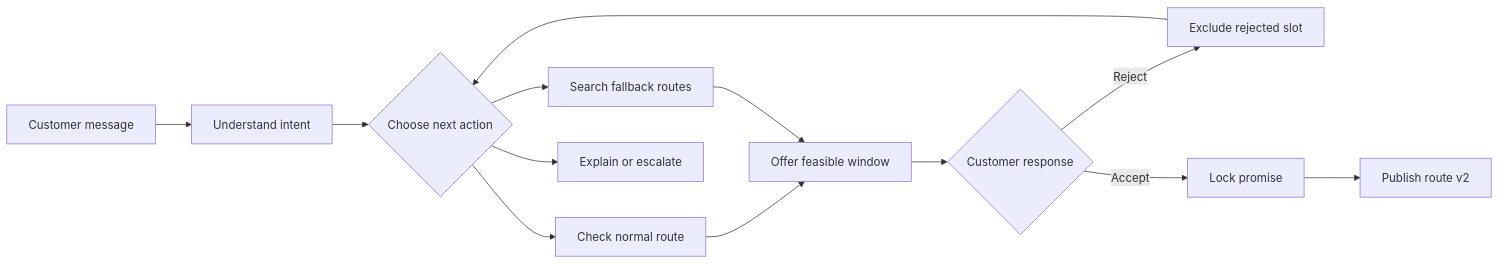
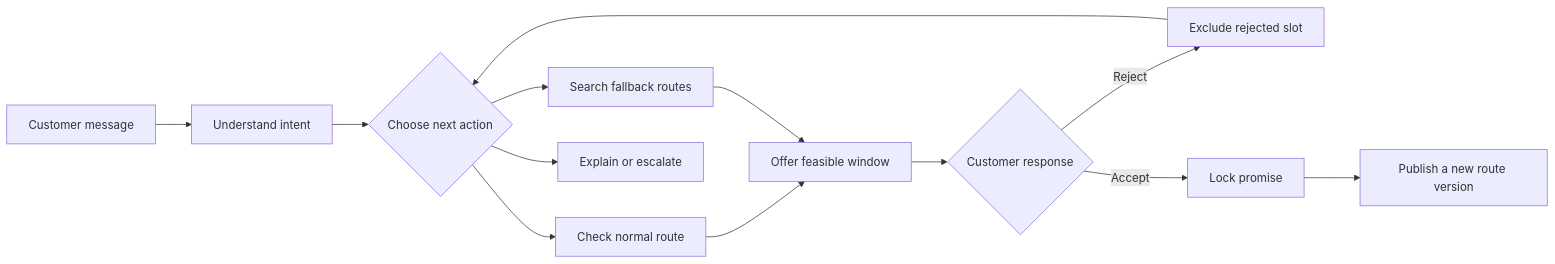
One commit to Stephensaleh1601/Delivery-Schedule-Agent changed the first of 2 diagrams in README.md. Above: the diagram before and after it, drawn with Mermaid. The commit also changed other lines of this file and 12 other files, not shown here.

````diff
--- a/README.md
+++ b/README.md
@@ -54,15 +31,15 @@
 ```mermaid
 flowchart LR
     M[Customer message] --> U[Understand intent]
     U --> D{Choose next action}
     D --> N[Check normal route]
     D --> F[Search fallback routes]
     D --> E[Explain or escalate]
     N --> O[Offer feasible window]
     F --> O
     O --> R{Customer response}
     R -->|Reject| X[Exclude rejected slot]
     X --> D
     R -->|Accept| L[Lock promise]
-    L --> V[Publish route v2]
+    L --> V[Publish a new route version]
 ```
````
